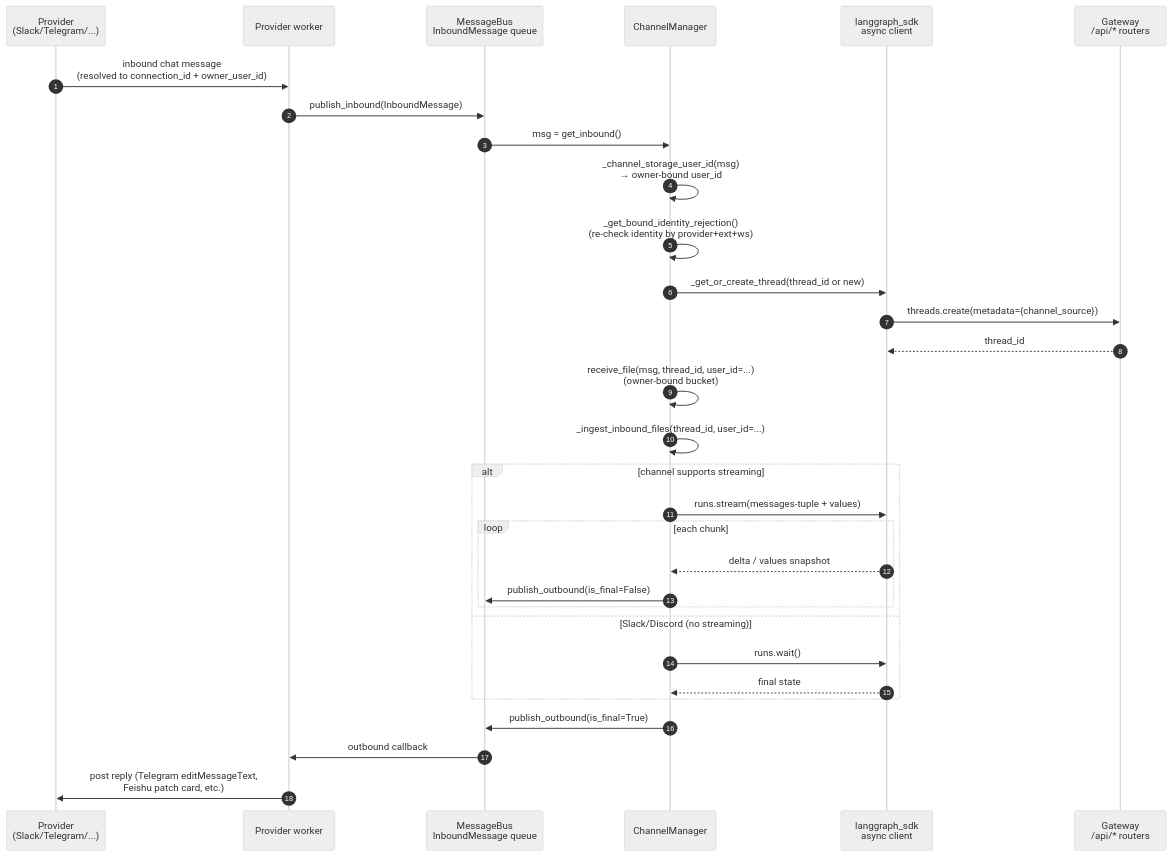
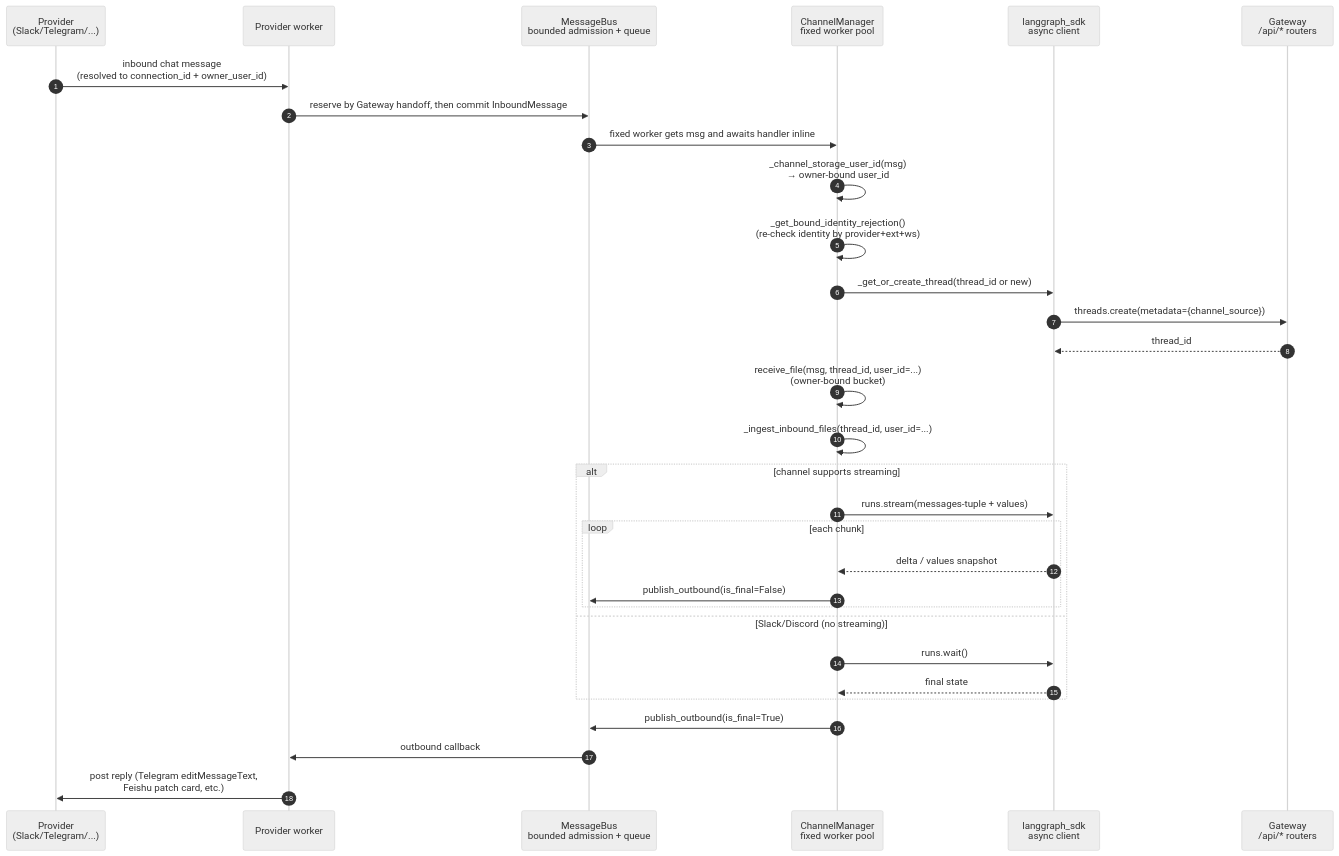
One commit to bytedance/deer-flow changed the fourth of 7 diagrams in backend/docs/IM_CHANNEL_CONNECTIONS.md. Above: the diagram before and after it, drawn with Mermaid (neutral theme). The commit also changed other lines of this file and 18 other files, not shown here.

Commit message:
fix(channels): bound inbound intake and worker lifecycle

````diff
--- a/backend/docs/IM_CHANNEL_CONNECTIONS.md
+++ b/backend/docs/IM_CHANNEL_CONNECTIONS.md
@@ -95,36 +95,36 @@
 ```mermaid
 sequenceDiagram
     autonumber
     participant Platform as Provider<br/>(Slack/Telegram/...)
     participant Worker as Provider worker
-    participant Bus as MessageBus<br/>InboundMessage queue
-    participant Mgr as ChannelManager
+    participant Bus as MessageBus<br/>bounded admission + queue
+    participant Mgr as ChannelManager<br/>fixed worker pool
     participant Client as langgraph_sdk<br/>async client
     participant Gateway as Gateway<br/>/api/* routers
 
     Platform->>Worker: inbound chat message<br/>(resolved to connection_id + owner_user_id)
-    Worker->>Bus: publish_inbound(InboundMessage)
-    Bus->>Mgr: msg = get_inbound()
+    Worker->>Bus: reserve by Gateway handoff, then commit InboundMessage
+    Bus->>Mgr: fixed worker gets msg and awaits handler inline
     Mgr->>Mgr: _channel_storage_user_id(msg)<br/>→ owner-bound user_id
     Mgr->>Mgr: _get_bound_identity_rejection()<br/>(re-check identity by provider+ext+ws)
     Mgr->>Client: _get_or_create_thread(thread_id or new)
     Client->>Gateway: threads.create(metadata={channel_source})
     Gateway-->>Client: thread_id
     Mgr->>Mgr: receive_file(msg, thread_id, user_id=...)<br/>(owner-bound bucket)
     Mgr->>Mgr: _ingest_inbound_files(thread_id, user_id=...)
 
     alt channel supports streaming
         Mgr->>Client: runs.stream(messages-tuple + values)
         loop each chunk
             Client-->>Mgr: delta / values snapshot
             Mgr->>Bus: publish_outbound(is_final=False)
         end
     else Slack/Discord (no streaming)
         Mgr->>Client: runs.wait()
         Client-->>Mgr: final state
     end
 
     Mgr->>Bus: publish_outbound(is_final=True)
     Bus->>Worker: outbound callback
     Worker->>Platform: post reply (Telegram editMessageText,<br/>Feishu patch card, etc.)
 ```
````
